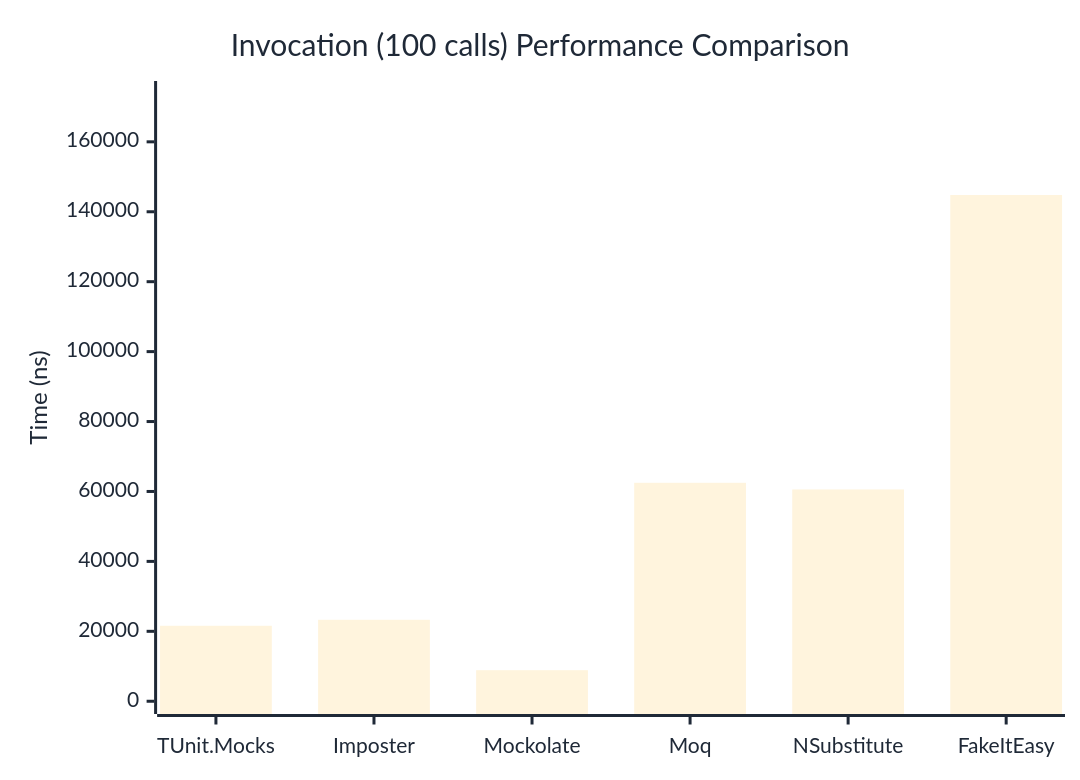
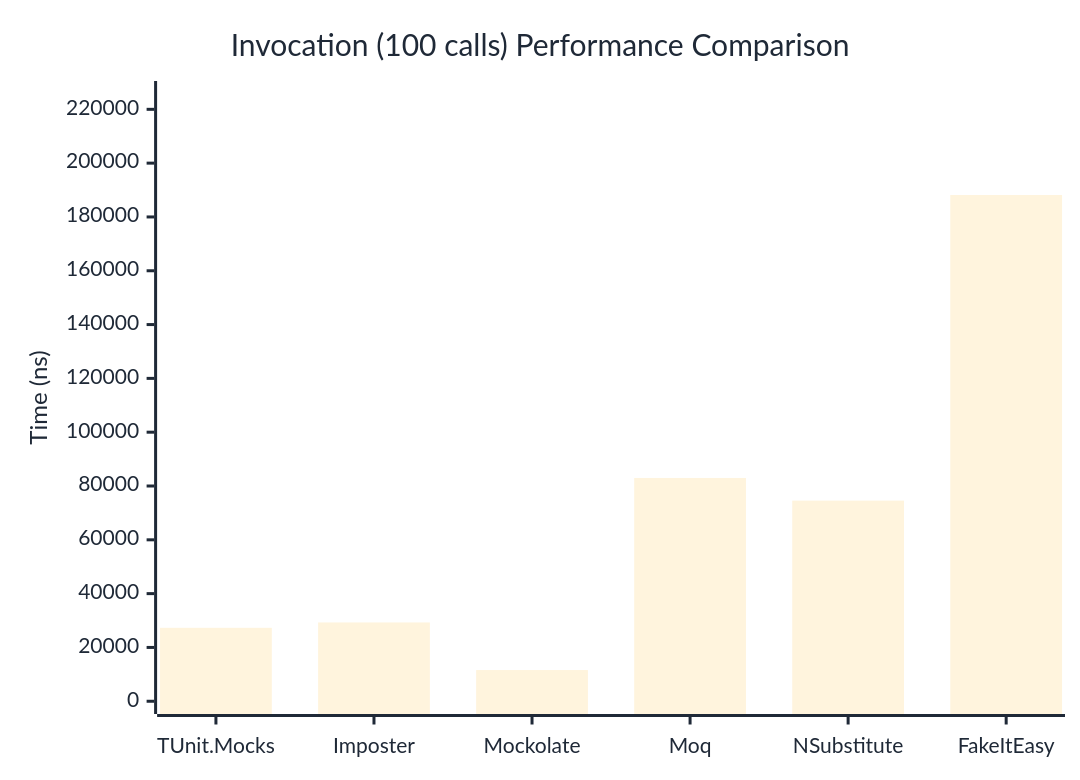
Before and after one commit to thomhurst/TUnit: the third of 3 diagrams in docs/docs/benchmarks/mocks/Invocation.md, drawn with Mermaid. The commit also changed other lines of this file and 14 other files, not shown here.

````diff
--- a/docs/docs/benchmarks/mocks/Invocation.md
+++ b/docs/docs/benchmarks/mocks/Invocation.md
@@ -112,27 +112,27 @@
 ```mermaid
 %%{init: {
   'theme':'base',
   'themeVariables': {
     'primaryColor': '#2563eb',
     'primaryTextColor': '#1f2937',
     'primaryBorderColor': '#1e40af',
     'lineColor': '#6b7280',
     'secondaryColor': '#7c3aed',
     'tertiaryColor': '#dc2626',
     'background': '#ffffff',
     'pie1': '#2563eb',
     'pie2': '#7c3aed',
     'pie3': '#dc2626',
     'pie4': '#f59e0b',
     'pie5': '#10b981',
     'pie6': '#06b6d4',
     'pie7': '#ec4899',
     'pie8': '#6366f1'
   }
 }}%%
 xychart-beta
   title "Invocation (100 calls) Performance Comparison"
   x-axis ["TUnit.Mocks", "Imposter", "Mockolate", "Moq", "NSubstitute", "FakeItEasy"]
-  y-axis "Time (ns)" 0 --> 173751
-  bar [21590.5, 23297.52, 8886.94, 62485.05, 60574.6, 144792.15]
+  y-axis "Time (ns)" 0 --> 225789
+  bar [27297.5, 29287.7, 11598.6, 82994.6, 74564.6, 188157]
 ```
````
